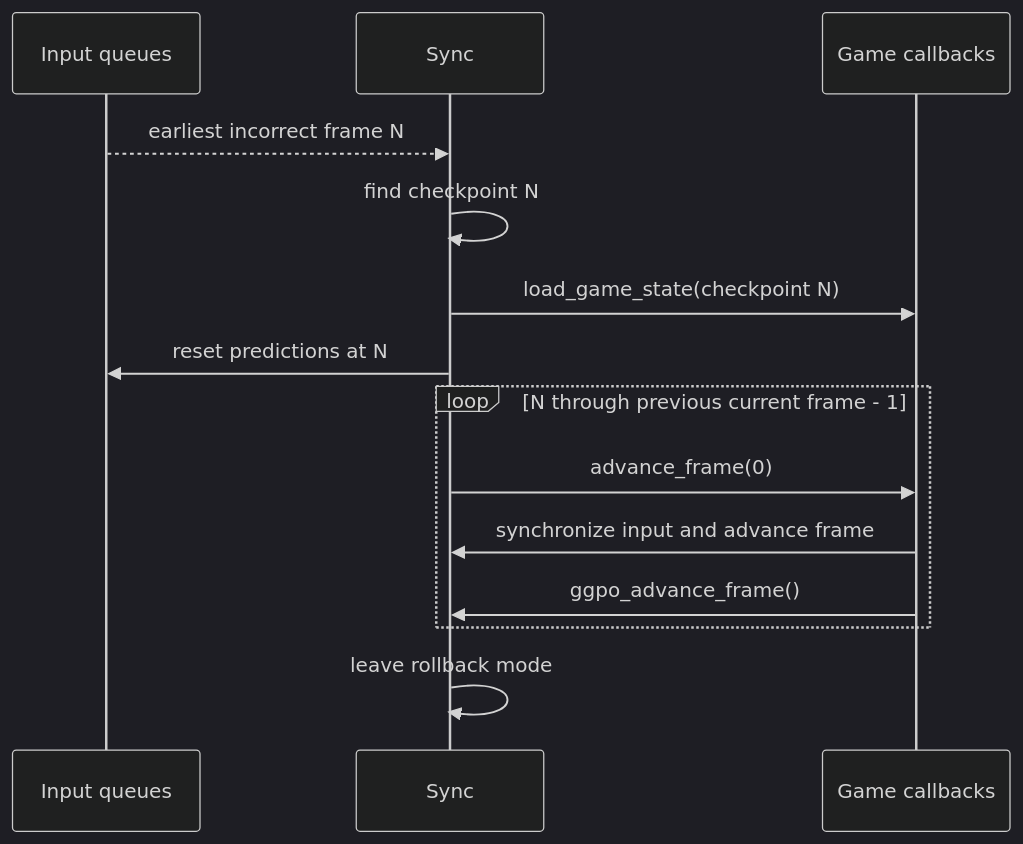
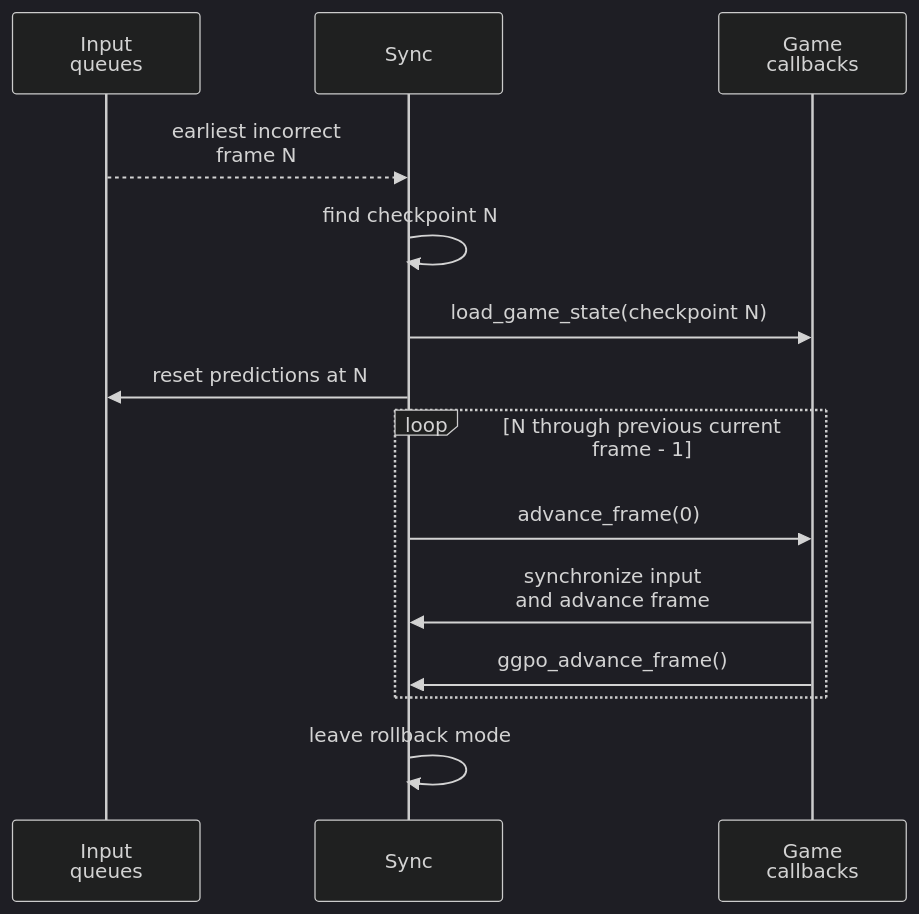
One commit to irregularthanis/ggpo-next changed the second of 2 diagrams in doc/architecture/Synchronization.md. Above: the diagram before and after it, drawn with Mermaid (dark theme). The commit also changed other lines of this file and 9 other files, not shown here.

Commit message:
docs: wrap Mermaid diagram labels

````diff
--- a/doc/architecture/Synchronization.md
+++ b/doc/architecture/Synchronization.md
@@ -86,17 +86,17 @@
 ```mermaid
 sequenceDiagram
-    participant Queue as Input queues
+    participant Queue as Input<br/>queues
     participant Sync as Sync
-    participant Host as Game callbacks
+    participant Host as Game<br/>callbacks
 
-    Queue-->>Sync: earliest incorrect frame N
+    Queue-->>Sync: earliest incorrect<br/>frame N
     Sync->>Sync: find checkpoint N
     Sync->>Host: load_game_state(checkpoint N)
     Sync->>Queue: reset predictions at N
     loop N through previous current frame - 1
         Sync->>Host: advance_frame(0)
-        Host->>Sync: synchronize input and advance frame
+        Host->>Sync: synchronize input<br/>and advance frame
         Host->>Sync: ggpo_advance_frame()
     end
     Sync->>Sync: leave rollback mode
 ```
````
